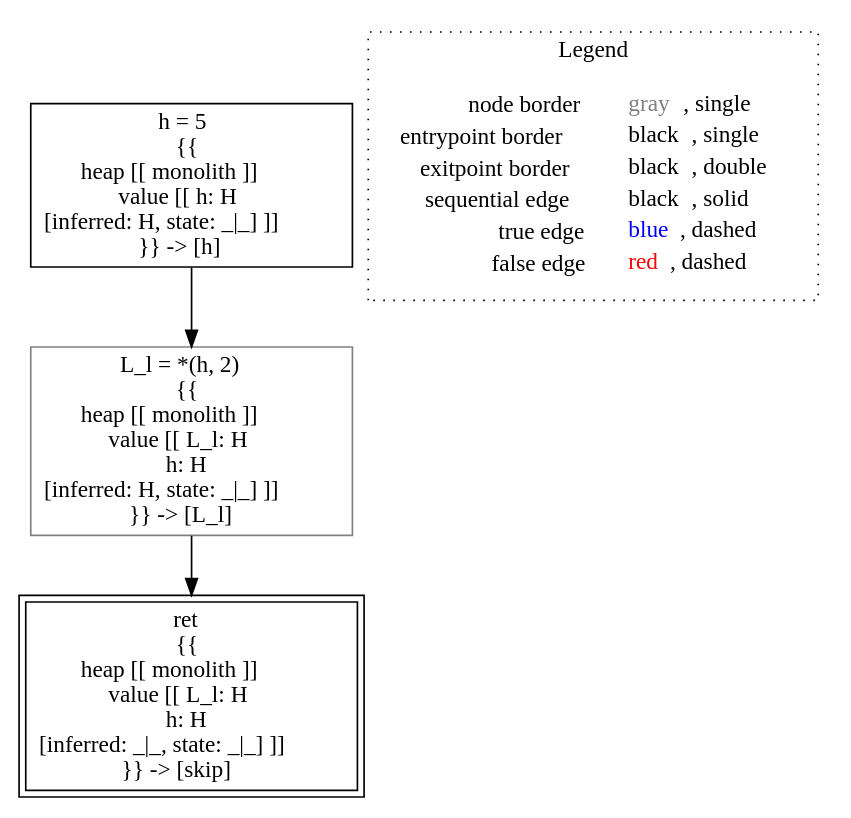
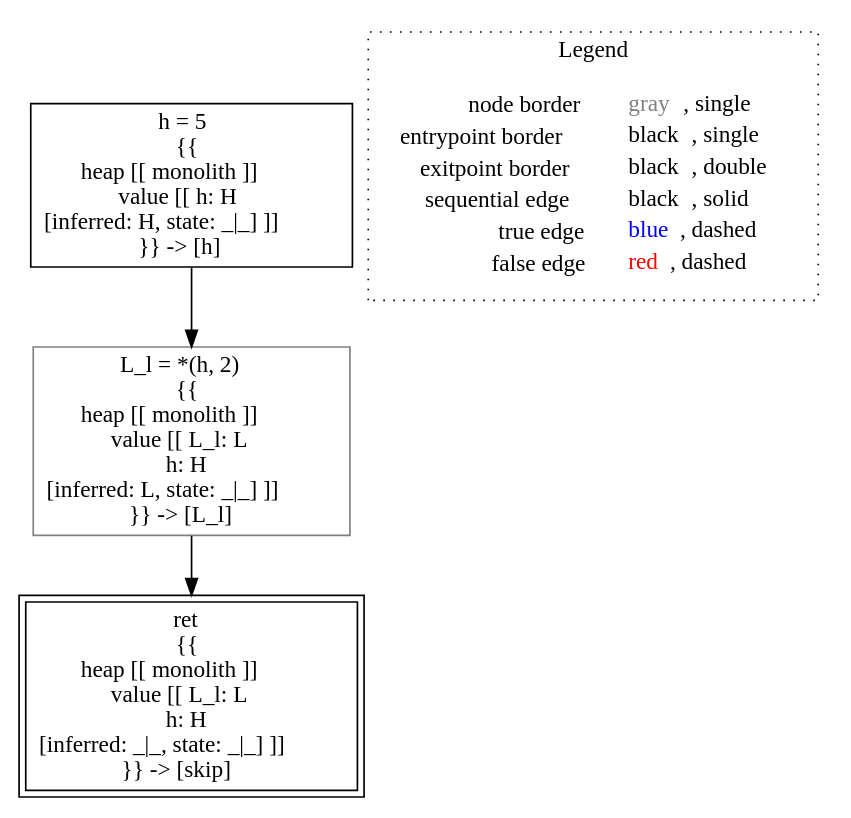
Before and after one commit to lisa-analyzer/lisa: the diagram in lisa/imp-testcases/non-interference/type-system/analysis___untyped_Test.lecture_5_2(Test_this).dot, drawn with Graphviz. The commit also changed 12 other files, not shown here.

```diff
--- a/lisa/imp-testcases/non-interference/type-system/analysis___untyped_Test.lecture_5_2(Test_this).dot
+++ b/lisa/imp-testcases/non-interference/type-system/analysis___untyped_Test.lecture_5_2(Test_this).dot
@@ -1,14 +1,14 @@
 digraph {
 	"node0" [shape="rect",color="black",label=<h = 5<BR/>{{<BR/>heap [[ monolith ]]<BR/>value [[ h: H<BR/>[inferred: H, state: _|_] ]]<BR/>}} -&gt; [h]>];
-	"node1" [shape="rect",color="black",peripheries="2",label=<ret<BR/>{{<BR/>heap [[ monolith ]]<BR/>value [[ L_l: H<BR/>h: H<BR/>[inferred: _|_, state: _|_] ]]<BR/>}} -&gt; [skip]>];
-	"node2" [shape="rect",color="gray",label=<L_l = *(h, 2)<BR/>{{<BR/>heap [[ monolith ]]<BR/>value [[ L_l: H<BR/>h: H<BR/>[inferred: H, state: _|_] ]]<BR/>}} -&gt; [L_l]>];
-	"node0" -> "node2" [color="black"];
-	"node2" -> "node1" [color="black"];
+	"node1" [shape="rect",color="gray",label=<L_l = *(h, 2)<BR/>{{<BR/>heap [[ monolith ]]<BR/>value [[ L_l: L<BR/>h: H<BR/>[inferred: L, state: _|_] ]]<BR/>}} -&gt; [L_l]>];
+	"node2" [shape="rect",color="black",peripheries="2",label=<ret<BR/>{{<BR/>heap [[ monolith ]]<BR/>value [[ L_l: L<BR/>h: H<BR/>[inferred: _|_, state: _|_] ]]<BR/>}} -&gt; [skip]>];
+	"node0" -> "node1" [color="black"];
+	"node1" -> "node2" [color="black"];
 subgraph cluster_legend {
 	label="Legend";
 	style=dotted;
 	node [shape=plaintext];
 	"legend" [label=<<table border="0" cellpadding="2" cellspacing="0" cellborder="0"><tr><td align="right">node border&nbsp;</td><td align="left"><font color="gray">gray</font>, single</td></tr><tr><td align="right">entrypoint border&nbsp;</td><td align="left"><font color="black">black</font>, single</td></tr><tr><td align="right">exitpoint border&nbsp;</td><td align="left"><font color="black">black</font>, double</td></tr><tr><td align="right">sequential edge&nbsp;</td><td align="left"><font color="black">black</font>, solid</td></tr><tr><td align="right">true edge&nbsp;</td><td align="left"><font color="blue">blue</font>, dashed</td></tr><tr><td align="right">false edge&nbsp;</td><td align="left"><font color="red">red</font>, dashed</td></tr></table>>];
 }
 
 }
```
